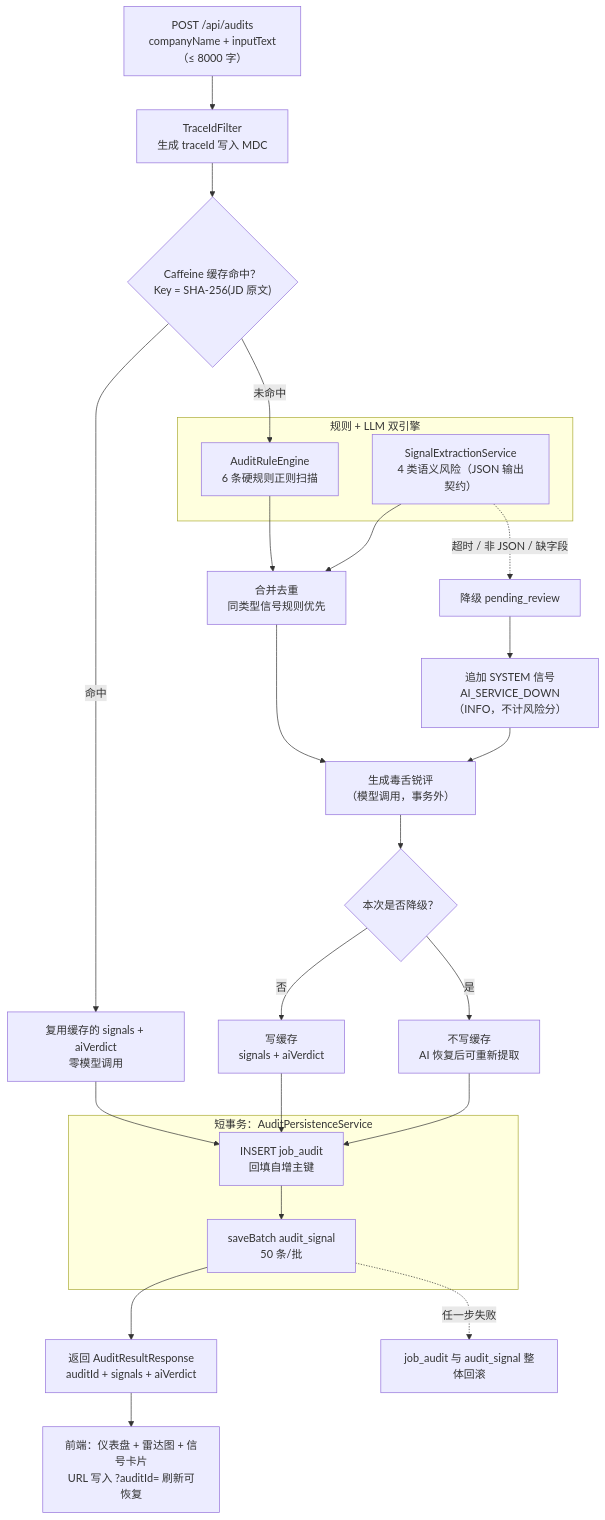
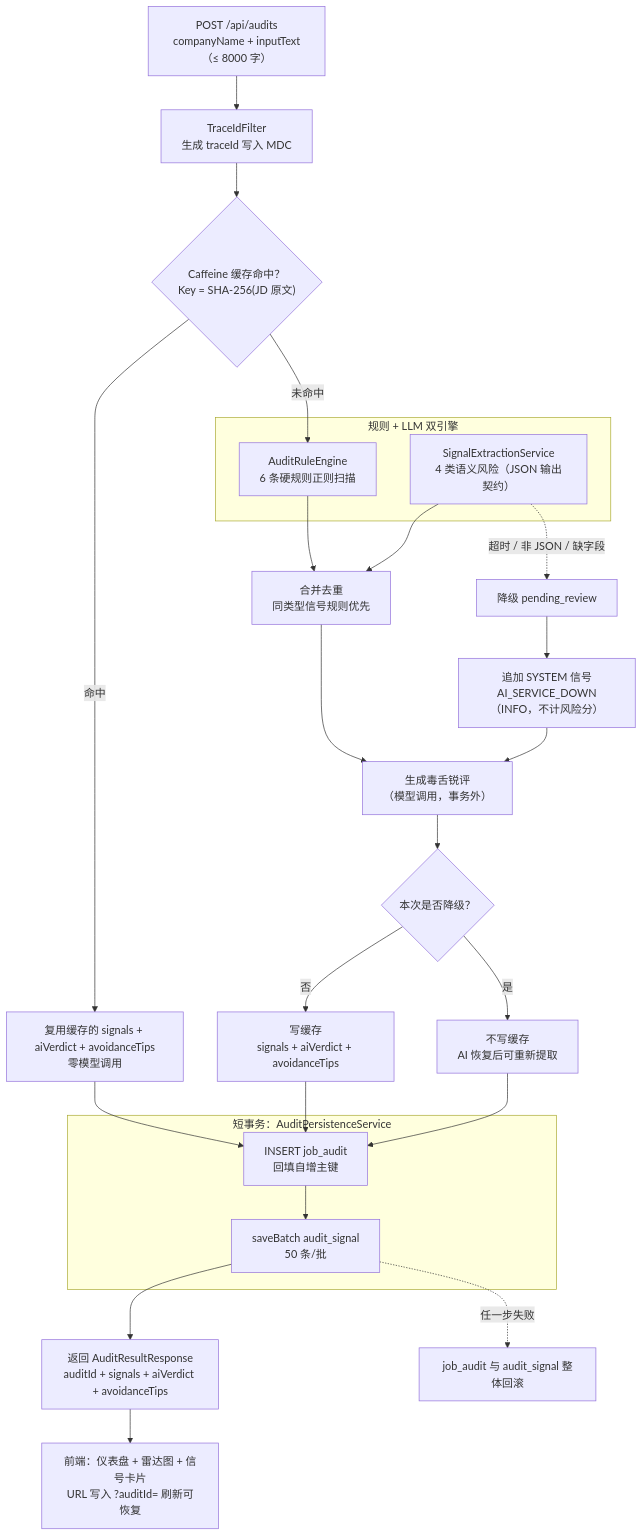
One commit to ellll168/job-audit changed the diagram in README.md. Above: the diagram before and after it, drawn with Mermaid. The commit also changed other lines of this file and 8 other files, not shown here.

````diff
--- a/README.md
+++ b/README.md
@@ -39,35 +102,35 @@
 ```mermaid
 flowchart TD
     REQ["POST /api/audits<br/>companyName + inputText（≤ 8000 字）"] --> TRACE["TraceIdFilter<br/>生成 traceId 写入 MDC"]
     TRACE --> CACHE{"Caffeine 缓存命中？<br/>Key = SHA-256(JD 原文)"}
-    CACHE -->|命中| HIT["复用缓存的 signals + aiVerdict<br/>零模型调用"]
+    CACHE -->|命中| HIT["复用缓存的 signals + aiVerdict + avoidanceTips<br/>零模型调用"]
     CACHE -->|未命中| RULE
 
     subgraph DUAL["规则 + LLM 双引擎"]
         RULE["AuditRuleEngine<br/>6 条硬规则正则扫描"]
         LLM["SignalExtractionService<br/>4 类语义风险（JSON 输出契约）"]
     end
 
     RULE --> MERGE["合并去重<br/>同类型信号规则优先"]
     LLM --> MERGE
     LLM -.->|"超时 / 非 JSON / 缺字段"| DEGRADE["降级 pending_review"]
     DEGRADE --> SYSSIG["追加 SYSTEM 信号<br/>AI_SERVICE_DOWN（INFO，不计风险分）"]
     SYSSIG --> VERDICT
 
     MERGE --> VERDICT["生成毒舌锐评<br/>（模型调用，事务外）"]
     VERDICT --> CACHEPUT{"本次是否降级？"}
-    CACHEPUT -->|否| PUT["写缓存<br/>signals + aiVerdict"]
+    CACHEPUT -->|否| PUT["写缓存<br/>signals + aiVerdict + avoidanceTips"]
     CACHEPUT -->|是| NOPUT["不写缓存<br/>AI 恢复后可重新提取"]
     PUT --> SAVE
     NOPUT --> SAVE
     HIT --> SAVE
 
     subgraph TX["短事务：AuditPersistenceService"]
         SAVE["INSERT job_audit<br/>回填自增主键"] --> BATCH["saveBatch audit_signal<br/>50 条/批"]
     end
 
-    BATCH --> RESP["返回 AuditResultResponse<br/>auditId + signals + aiVerdict"]
+    BATCH --> RESP["返回 AuditResultResponse<br/>auditId + signals + aiVerdict + avoidanceTips"]
     BATCH -.->|"任一步失败"| ROLLBACK["job_audit 与 audit_signal 整体回滚"]
 
     RESP --> FE["前端：仪表盘 + 雷达图 + 信号卡片<br/>URL 写入 ?auditId= 刷新可恢复"]
 ```
````
